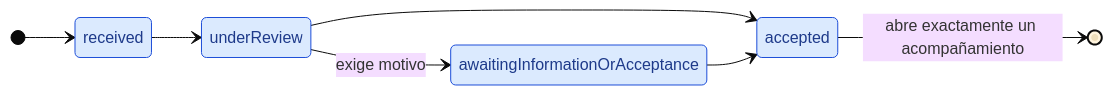
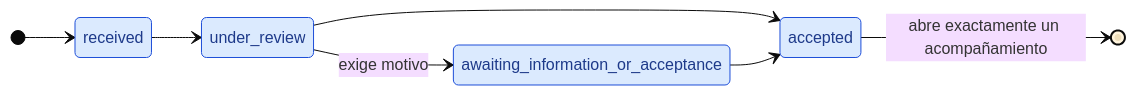
The diagram in convex/domain/request/state-model.md (FernandoValdes01/ceretime), drawn with Mermaid (base theme) before and after one commit. The commit also changed other lines of this file and 12 other files, not shown here.

Commit message:
TI2-8 - fix(convex): alinea contratos con schema persistido y adaptadores probados

````diff
--- a/convex/domain/request/state-model.md
+++ b/convex/domain/request/state-model.md
@@ -9,16 +9,16 @@
 ```mermaid
 stateDiagram-v2
     direction LR
 
     [*] --> received
 
-    received --> underReview
-    underReview --> awaitingInformationOrAcceptance : exige motivo
-    underReview --> accepted
-    awaitingInformationOrAcceptance --> accepted
+    received --> under_review
+    under_review --> awaiting_information_or_acceptance : exige motivo
+    under_review --> accepted
+    awaiting_information_or_acceptance --> accepted
 
     accepted --> [*] : abre exactamente un acompañamiento
 
     classDef sprint1 fill:#dbeafe,stroke:#1d4ed8,color:#1e3a8a
-    class received,underReview,awaitingInformationOrAcceptance,accepted sprint1
+    class received,under_review,awaiting_information_or_acceptance,accepted sprint1
 ```
````
